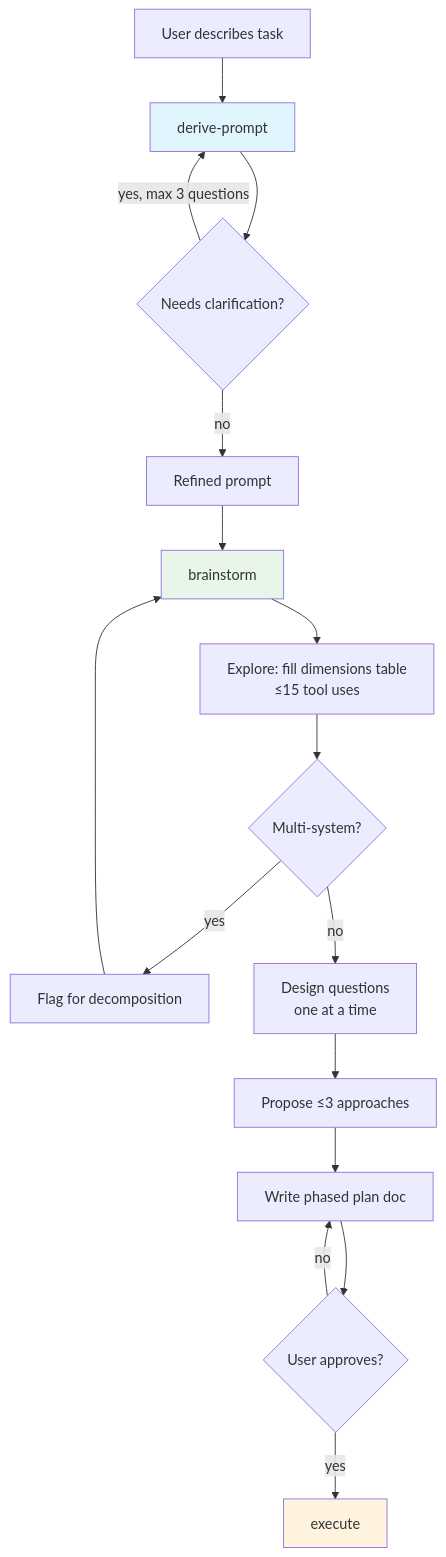
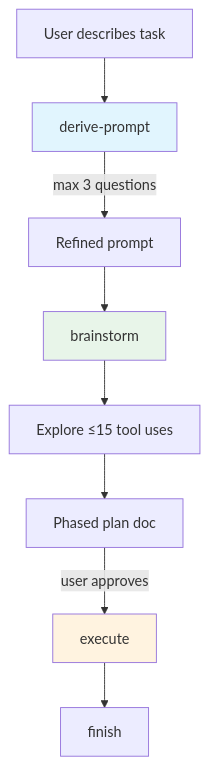
The first of 4 diagrams in docs/flows.md (SenouLynn/snoodles), drawn with Mermaid before and after one commit. The commit also changed other lines of this file, not shown here.

Commit message:
refine flows doc

````diff
--- a/docs/flows.md
+++ b/docs/flows.md
@@ -7,22 +5,14 @@
 ```mermaid
 flowchart TD
     user[User describes task] --> dp[derive-prompt]
-    dp --> clarify{Needs clarification?}
-    clarify -->|yes, max 3 questions| dp
-    clarify -->|no| refined[Refined prompt]
+    dp -->|max 3 questions| refined[Refined prompt]
     refined --> bs[brainstorm]
-    bs --> explore[Explore: fill dimensions table\n≤15 tool uses]
-    explore --> scope{Multi-system?}
-    scope -->|yes| decompose[Flag for decomposition]
-    decompose --> bs
-    scope -->|no| questions[Design questions\none at a time]
-    questions --> approaches[Propose ≤3 approaches]
-    approaches --> plan[Write phased plan doc]
-    plan --> approve{User approves?}
-    approve -->|no| plan
-    approve -->|yes| exec[execute]
+    bs --> explore[Explore ≤15 tool uses]
+    explore --> plan[Phased plan doc]
+    plan -->|user approves| exec[execute]
+    exec --> finish[finish]
 
     style dp fill:#e1f5fe
     style bs fill:#e8f5e9
     style exec fill:#fff3e0
 ```
````
